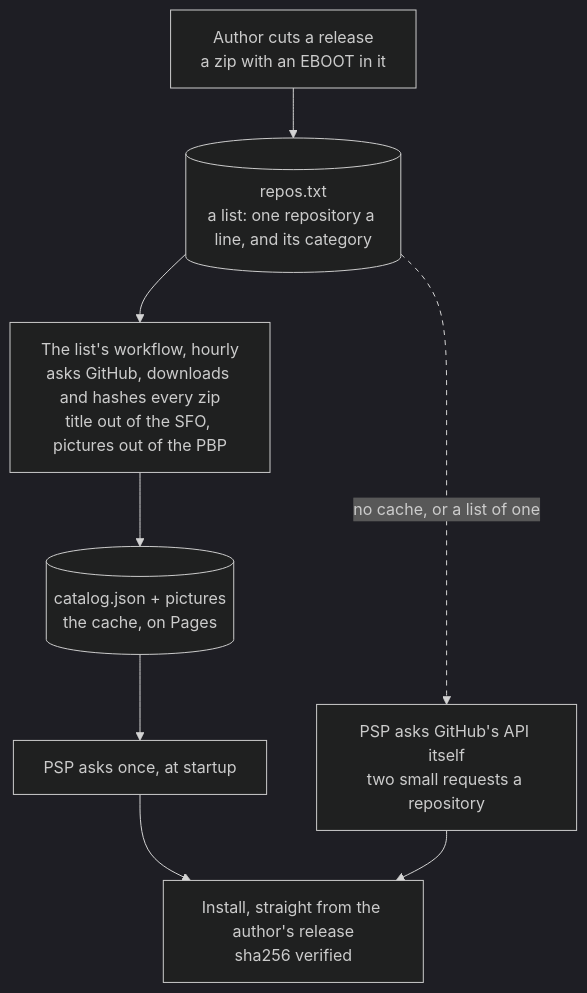
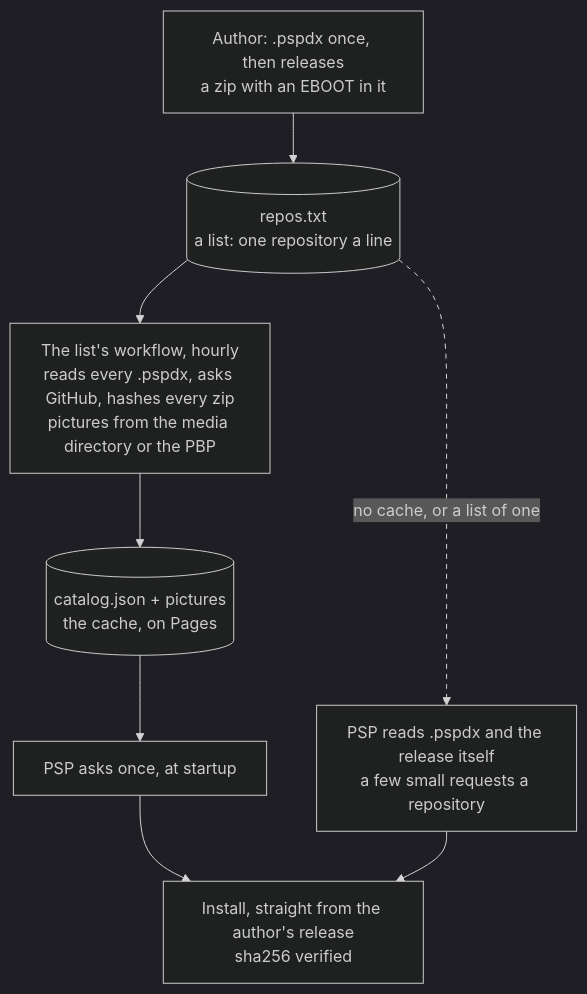
Before and after one commit to chriopter/pspdx: the diagram in architecture.md, drawn with Mermaid (dark theme). The commit also changed other lines of this file and 1 other file, not shown here.

Commit message:
README and architecture for the .pspdx shape

````diff
--- a/architecture.md
+++ b/architecture.md
@@ -13,11 +14,11 @@
 ```mermaid
 flowchart TD
-    A["Author cuts a release<br/>a zip with an EBOOT in it"] --> L[("repos.txt<br/>a list: one repository a line, and its category")]
-    L --> C["The list's workflow, hourly<br/>asks GitHub, downloads and hashes every zip<br/>title out of the SFO, pictures out of the PBP"]
+    A["Author: .pspdx once, then releases<br/>a zip with an EBOOT in it"] --> L[("repos.txt<br/>a list: one repository a line")]
+    L --> C["The list's workflow, hourly<br/>reads every .pspdx, asks GitHub, hashes every zip<br/>pictures from the media directory or the PBP"]
     C --> D[("catalog.json + pictures<br/>the cache, on Pages")]
     D --> E["PSP asks once, at startup"]
-    L -. "no cache, or a list of one" .-> F["PSP asks GitHub's API itself<br/>two small requests a repository"]
+    L -. "no cache, or a list of one" .-> F["PSP reads .pspdx and the release itself<br/>a few small requests a repository"]
     E --> G["Install, straight from the author's release<br/>sha256 verified"]
     F --> G
     linkStyle 4 stroke-dasharray:5
 ```
````
